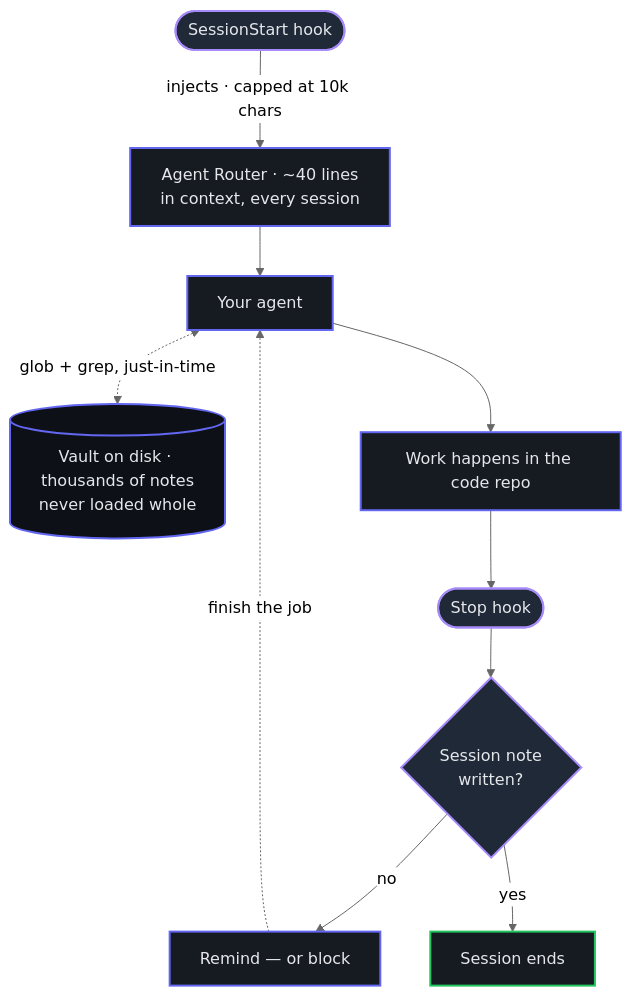
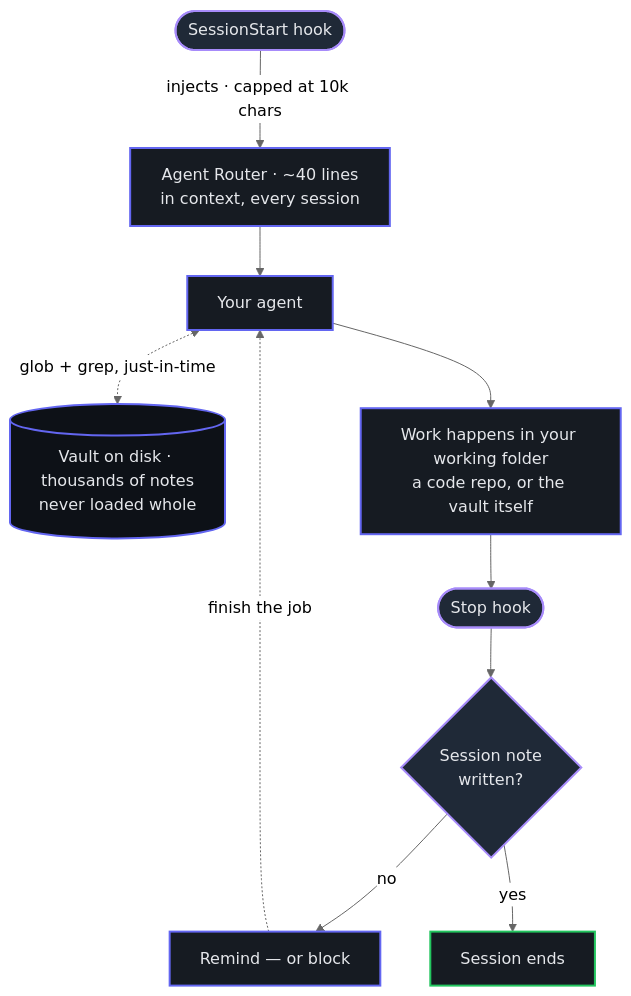
One commit to Chris-Carruthers/canon changed the first of 2 diagrams in README.md. Above: the diagram before and after it, drawn with Mermaid (neutral theme). The commit also changed other lines of this file and 6 other files, not shown here.

````diff
--- a/README.md
+++ b/README.md
@@ -151,32 +186,32 @@
 ```mermaid
 flowchart TB
     H(["SessionStart hook"])
     R["Agent Router · ~40 lines<br/>in context, every session"]
     A["Your agent"]
     V[("Vault on disk · thousands of notes<br/>never loaded whole")]
-    W["Work happens in the code repo"]
+    W["Work happens in your working folder<br/>a code repo, or the vault itself"]
     S(["Stop hook"])
     Q{"Session note<br/>written?"}
     N["Remind — or block"]
     E["Session ends"]
 
     H -->|"injects · capped at 10k chars"| R
     R --> A
     A <-.->|"glob + grep, just-in-time"| V
     A --> W
     W --> S
     S --> Q
     Q -->|"no"| N
     N -.->|"finish the job"| A
     Q -->|"yes"| E
 
     classDef hook fill:#1F2937,stroke:#A78BFA,stroke-width:2px,color:#E5E7EB
     classDef core fill:#161B22,stroke:#6366F1,stroke-width:2px,color:#E5E7EB
     classDef store fill:#0D1117,stroke:#6366F1,stroke-width:2px,color:#E5E7EB
     classDef good fill:#161B22,stroke:#22C55E,stroke-width:2px,color:#E5E7EB
     class H,S hook
     class R,A,W,N core
     class V store
     class E good
     class Q hook
 ```
````
